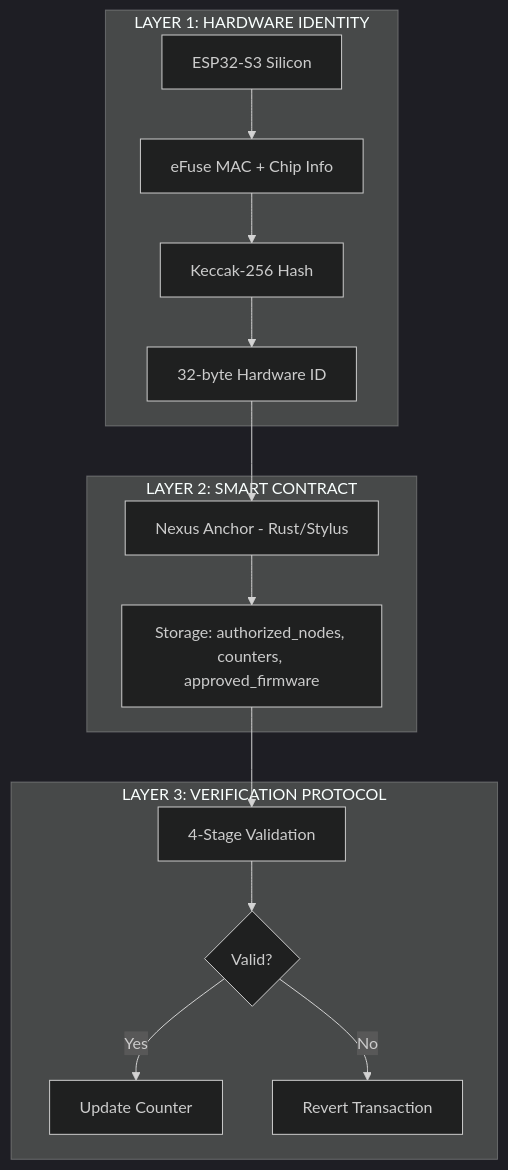
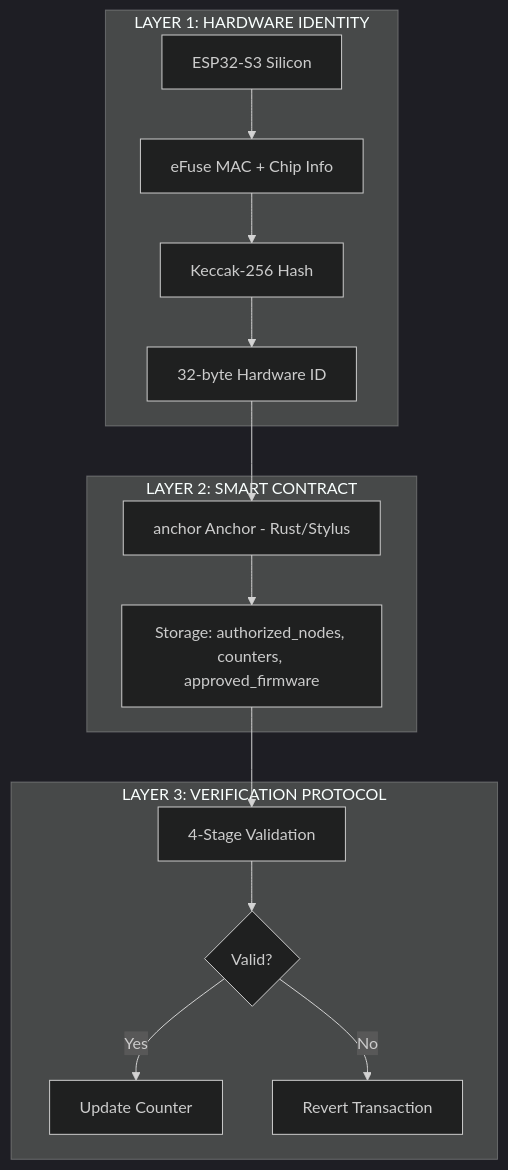
One commit to arhantbarmate/Stylus-Hardware-Anchor changed the first of 2 diagrams in docs/MILESTONE_1.md. Above: the diagram before and after it, drawn with Mermaid (dark theme). The commit also changed other lines of this file and 3272 other files, not shown here.

````diff
--- a/docs/MILESTONE_1.md
+++ b/docs/MILESTONE_1.md
@@ -73,20 +73,20 @@
 ```mermaid
 graph TD
     subgraph L1 [LAYER 1: HARDWARE IDENTITY]
     A[ESP32-S3 Silicon] --> B[eFuse MAC + Chip Info]
     B --> C[Keccak-256 Hash]
     C --> D[32-byte Hardware ID]
     end
 
     subgraph L2 [LAYER 2: SMART CONTRACT]
-    D --> E[Nexus Anchor - Rust/Stylus]
+    D --> E[anchor Anchor - Rust/Stylus]
     E --> F[Storage: authorized_nodes, counters, approved_firmware]
     end
 
     subgraph L3 [LAYER 3: VERIFICATION PROTOCOL]
     F --> G[4-Stage Validation]
     G --> H{Valid?}
     H -- Yes --> I[Update Counter]
     H -- No --> J[Revert Transaction]
     end
 ```
````
